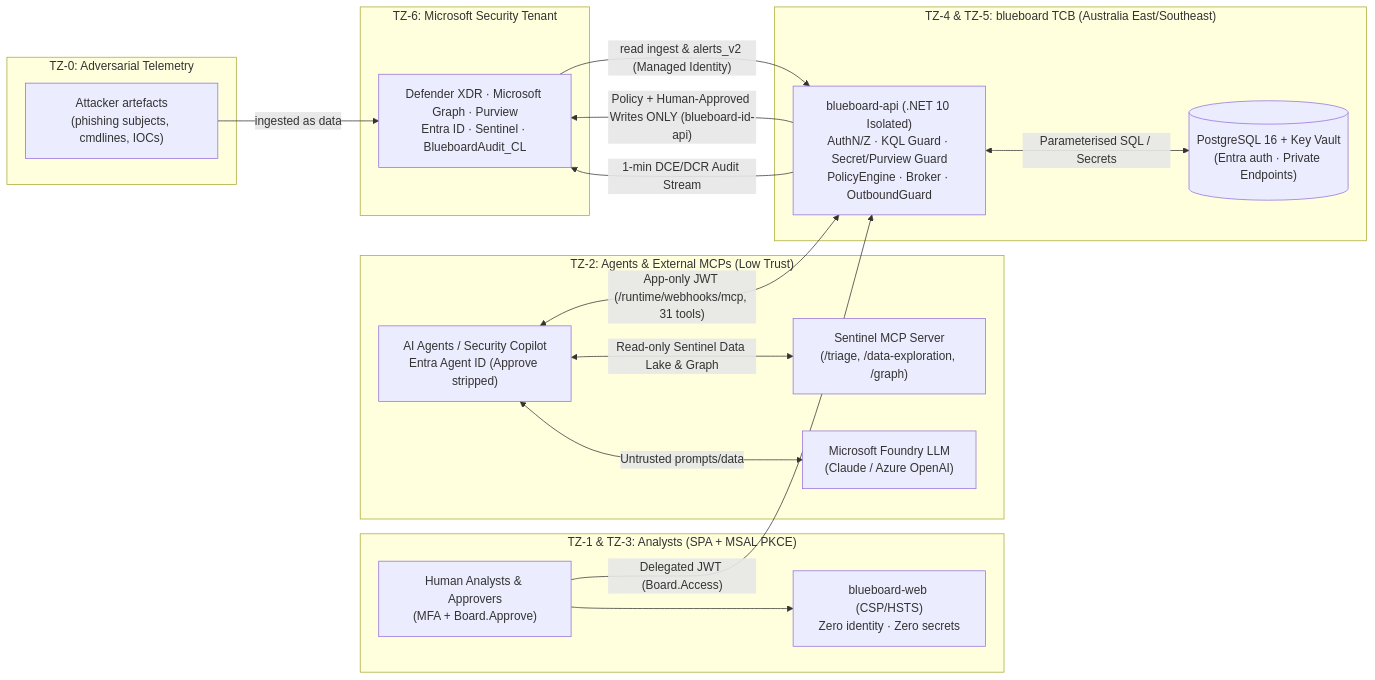
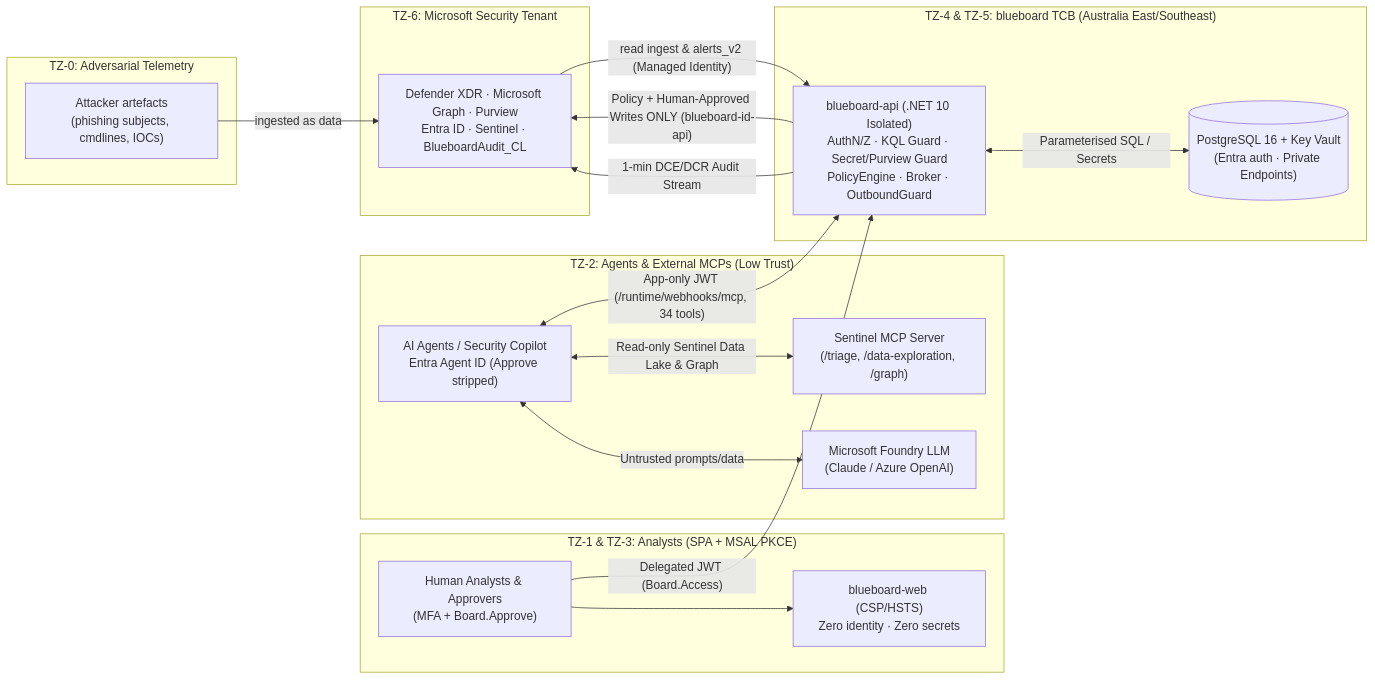
One commit to jusso-dev/blueboard changed the first of 4 diagrams in docs/THREAT-MODEL.md. Above: the diagram before and after it, drawn with Mermaid. The commit also changed other lines of this file and 96 other files, not shown here.

````diff
--- a/docs/THREAT-MODEL.md
+++ b/docs/THREAT-MODEL.md
@@ -39,37 +39,37 @@
 ```mermaid
 flowchart LR
   subgraph TZ0["TZ-0: Adversarial Telemetry"]
     ATT["Attacker artefacts<br/>(phishing subjects, cmdlines, IOCs)"]
   end
 
   subgraph TZ1["TZ-1 & TZ-3: Analysts (SPA + MSAL PKCE)"]
     UI["blueboard-web (CSP/HSTS)<br/>Zero identity · Zero secrets"]
     HUM["Human Analysts & Approvers<br/>(MFA + Board.Approve)"]
   end
 
   subgraph TZ2["TZ-2: Agents & External MCPs (Low Trust)"]
     AG["AI Agents / Security Copilot<br/>Entra Agent ID (Approve stripped)"]
     SMCP["Sentinel MCP Server<br/>(/triage, /data-exploration, /graph)"]
     LLM["Microsoft Foundry LLM<br/>(Claude / Azure OpenAI)"]
   end
 
   subgraph TZ4["TZ-4 & TZ-5: blueboard TCB (Australia East/Southeast)"]
     API["blueboard-api (.NET 10 Isolated)<br/>AuthN/Z · KQL Guard · Secret/Purview Guard<br/>PolicyEngine · Broker · OutboundGuard"]
     DB[("PostgreSQL 16 + Key Vault<br/>(Entra auth · Private Endpoints)")]
   end
 
   subgraph TZ6["TZ-6: Microsoft Security Tenant"]
     MS["Defender XDR · Microsoft Graph · Purview<br/>Entra ID · Sentinel · BlueboardAudit_CL"]
   end
 
   ATT -->|"ingested as data"| MS
   MS -->|"read ingest & alerts_v2 (Managed Identity)"| API
   HUM --> UI
   HUM -->|"Delegated JWT (Board.Access)"| API
-  AG <-->|"App-only JWT (/runtime/webhooks/mcp, 31 tools)"| API
+  AG <-->|"App-only JWT (/runtime/webhooks/mcp, 34 tools)"| API
   AG <-->|"Read-only Sentinel Data Lake & Graph"| SMCP
   AG <-->|"Untrusted prompts/data"| LLM
   API <-->|"Parameterised SQL / Secrets"| DB
   API -->|"Policy + Human-Approved Writes ONLY (blueboard-id-api)"| MS
   API -->|"1-min DCE/DCR Audit Stream"| MS
 ```
````
